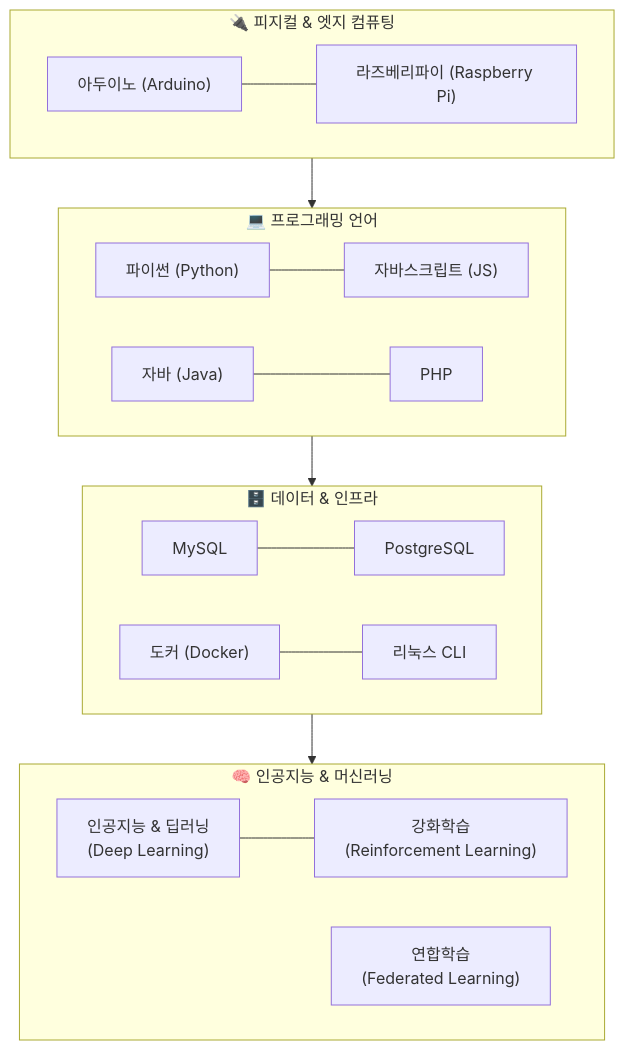
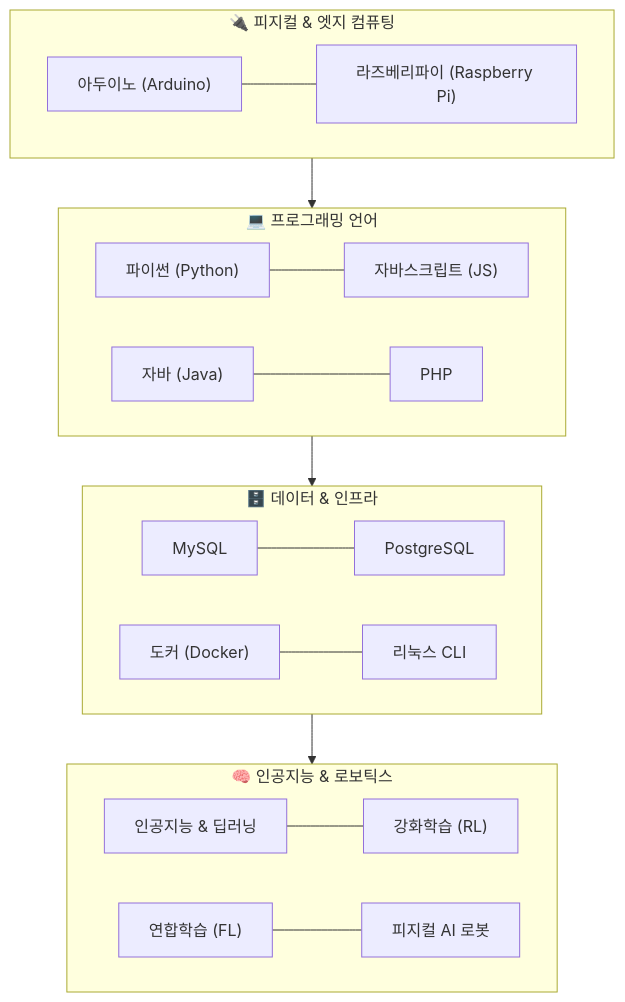
One commit to jinydev/dorothy changed the first of 2 diagrams in README.md. Above: the diagram before and after it, drawn with Mermaid. The commit also changed other lines of this file and 282 other files, not shown here.

````diff
--- a/README.md
+++ b/README.md
@@ -31,23 +42,23 @@
 ```mermaid
 flowchart TD
     subgraph HW["🔌 피지컬 & 엣지 컴퓨팅"]
         HW1["아두이노 (Arduino)"] --- HW2["라즈베리파이 (Raspberry Pi)"]
     end
 
     subgraph LANG["💻 프로그래밍 언어"]
         L1["파이썬 (Python)"] --- L2["자바스크립트 (JS)"]
         L3["자바 (Java)"] --- L4["PHP"]
     end
 
     subgraph DATA["🗄️ 데이터 & 인프라"]
         D1["MySQL"] --- D2["PostgreSQL"]
         D3["도커 (Docker)"] --- D4["리눅스 CLI"]
     end
 
-    subgraph AI["🧠 인공지능 & 머신러닝"]
-        AI1["인공지능 & 딥러닝\n(Deep Learning)"] --- AI2["강화학습\n(Reinforcement Learning)"]
-        AI3["연합학습\n(Federated Learning)"]
+    subgraph AI["🧠 인공지능 & 로보틱스"]
+        AI1["인공지능 & 딥러닝"] --- AI2["강화학습 (RL)"]
+        AI3["연합학습 (FL)"] --- AI4["피지컬 AI 로봇"]
     end
 
     HW --> LANG --> DATA --> AI
 ```
````
